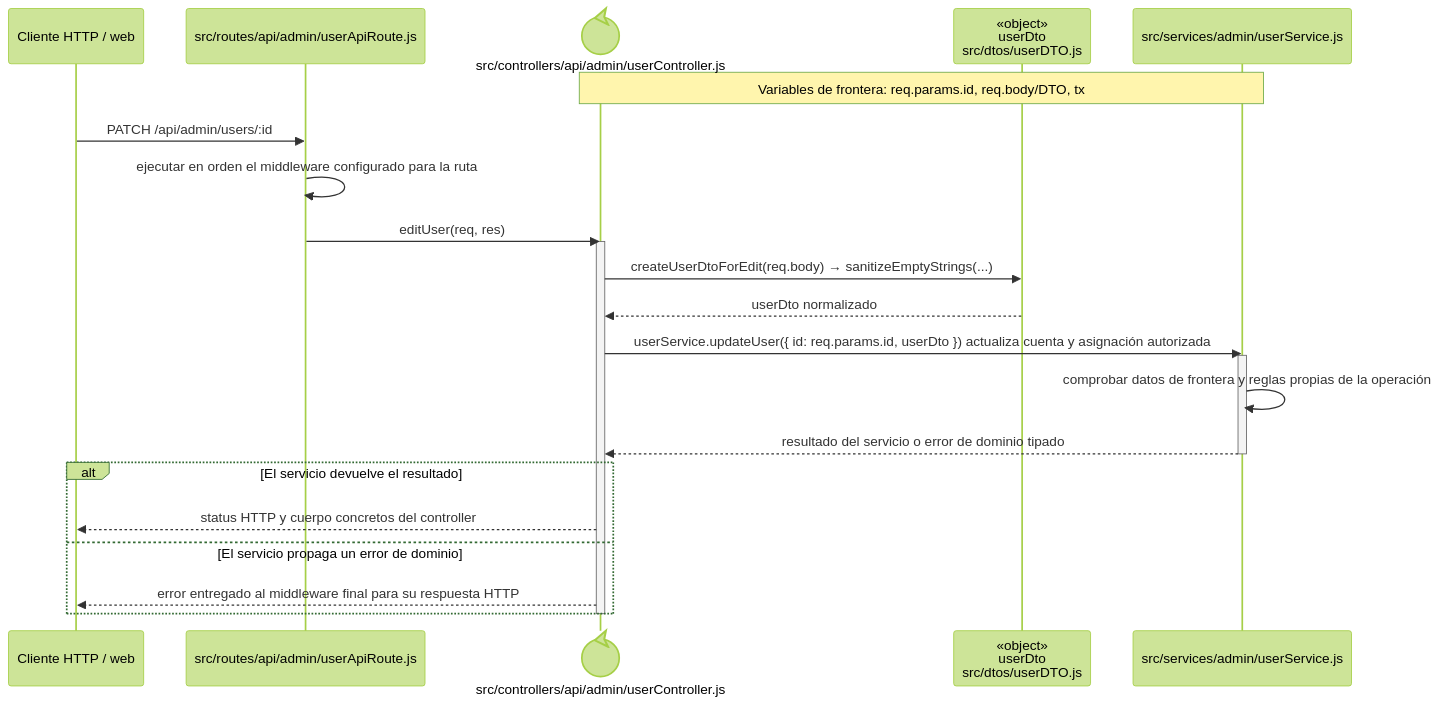
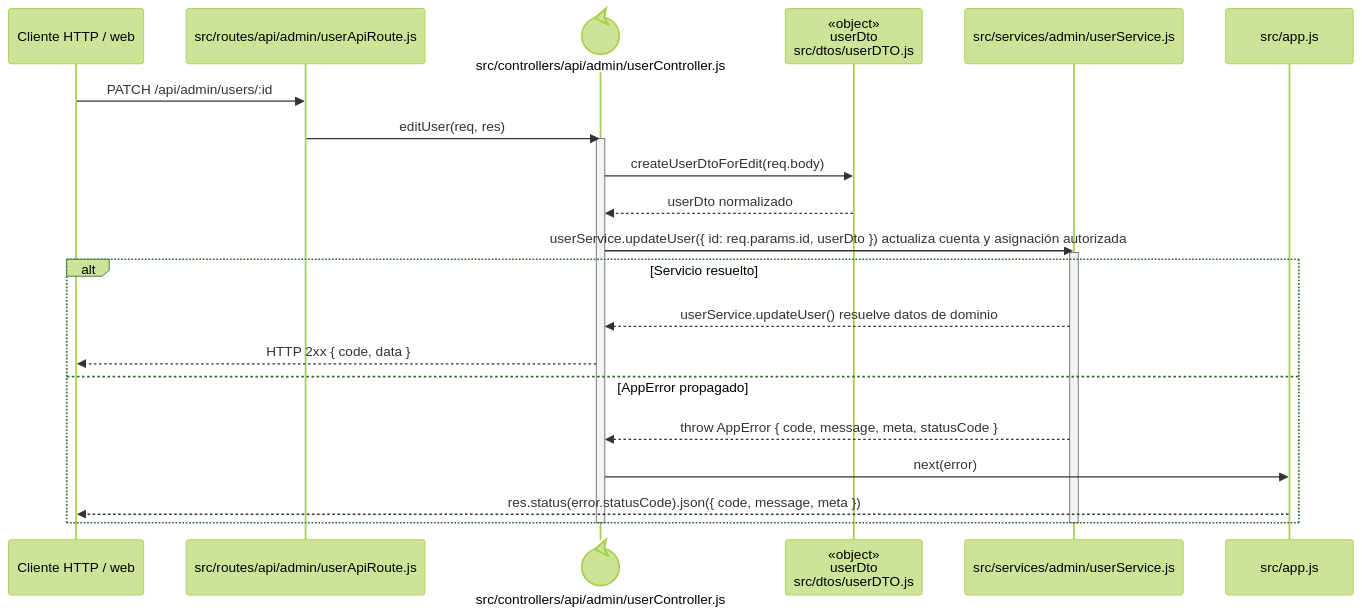
The diagram in docs/architecture/backend-code-sequences/identity-access/cu-ida-07.md (gpgsistemas01/nexus), drawn with Mermaid (forest theme) before and after one commit. The commit also changed 148 other files, not shown here.

````diff
--- a/docs/architecture/backend-code-sequences/identity-access/cu-ida-07.md
+++ b/docs/architecture/backend-code-sequences/identity-access/cu-ida-07.md
@@ -6,27 +6,27 @@
 ```mermaid
 sequenceDiagram
     participant Client as Cliente HTTP / web
     participant Route as src/routes/api/admin/userApiRoute.js
     participant Controller@{ "type": "control" } as src/controllers/api/admin/userController.js
     participant UserDto as «object»<br/>userDto<br/>src/dtos/userDTO.js
     participant Domain as src/services/admin/userService.js
-    Note over Controller,Domain: Variables de frontera: req.params.id, req.body/DTO, tx
+    participant ErrorHandler as src/app.js
 
     Client->>Route: PATCH /api/admin/users/:id
-    Route->>Route: ejecutar en orden el middleware configurado para la ruta
     Route->>Controller: editUser(req, res)
     activate Controller
-    Controller->>UserDto: createUserDtoForEdit(req.body) → sanitizeEmptyStrings(...)
+    Controller->>UserDto: createUserDtoForEdit(req.body)
     UserDto-->>Controller: userDto normalizado
     Controller->>Domain: userService.updateUser({ id: req.params.id, userDto }) actualiza cuenta y asignación autorizada
     activate Domain
-    Domain->>Domain: comprobar datos de frontera y reglas propias de la operación
-    Domain-->>Controller: resultado del servicio o error de dominio tipado
+    alt Servicio resuelto
+        Domain-->>Controller: userService.updateUser() resuelve datos de dominio
+        Controller-->>Client: HTTP 2xx { code, data }
+    else AppError propagado
+        Domain-->>Controller: throw AppError { code, message, meta, statusCode }
+        Controller->>ErrorHandler: next(error)
+        ErrorHandler-->>Client: res.status(error.statusCode).json({ code, message, meta })
+    end
     deactivate Domain
-    alt El servicio devuelve el resultado
-        Controller-->>Client: status HTTP y cuerpo concretos del controller
-    else El servicio propaga un error de dominio
-        Controller-->>Client: error entregado al middleware final para su respuesta HTTP
-    end
     deactivate Controller
 ```
````
